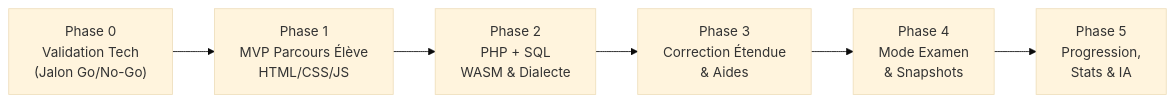
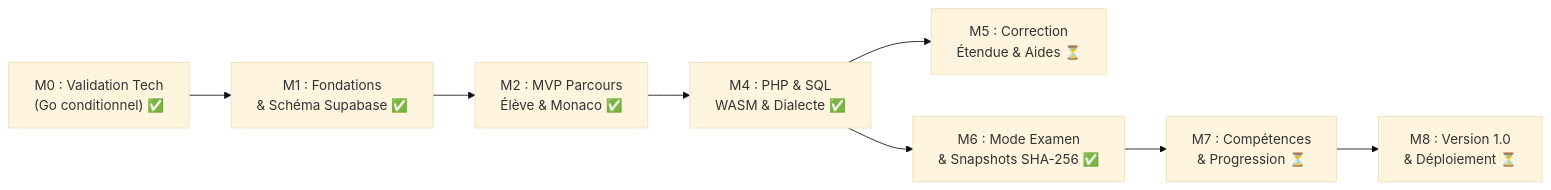
The first of 2 diagrams in CONTEXT.md (hlaadhari/app-creator), drawn with Mermaid (base theme) before and after one commit. The commit also changed other lines of this file, not shown here.

````diff
--- a/CONTEXT.md
+++ b/CONTEXT.md
@@ -79,8 +90,10 @@
 ```mermaid
 flowchart LR
-    P0["Phase 0<br/>Validation Tech<br/>(Jalon Go/No-Go)"] --> P1["Phase 1<br/>MVP Parcours Élève<br/>HTML/CSS/JS"]
-    P1 --> P2["Phase 2<br/>PHP + SQL<br/>WASM & Dialecte"]
-    P2 --> P3["Phase 3<br/>Correction Étendue<br/>& Aides"]
-    P3 --> P4["Phase 4<br/>Mode Examen<br/>& Snapshots"]
-    P4 --> P5["Phase 5<br/>Progression,<br/>Stats & IA"]
+    P0["M0 : Validation Tech<br/>(Go conditionnel) ✅"] --> P1["M1 : Fondations<br/>& Schéma Supabase ✅"]
+    P1 --> P2["M2 : MVP Parcours<br/>Élève & Monaco ✅"]
+    P2 --> P4["M4 : PHP & SQL<br/>WASM & Dialecte ✅"]
+    P4 --> P5["M5 : Correction<br/>Étendue & Aides ⏳"]
+    P4 --> P6["M6 : Mode Examen<br/>& Snapshots SHA-256 ✅"]
+    P6 --> P7["M7 : Compétences<br/>& Progression ⏳"]
+    P7 --> P8["M8 : Version 1.0<br/>& Déploiement ⏳"]
 ```
````
